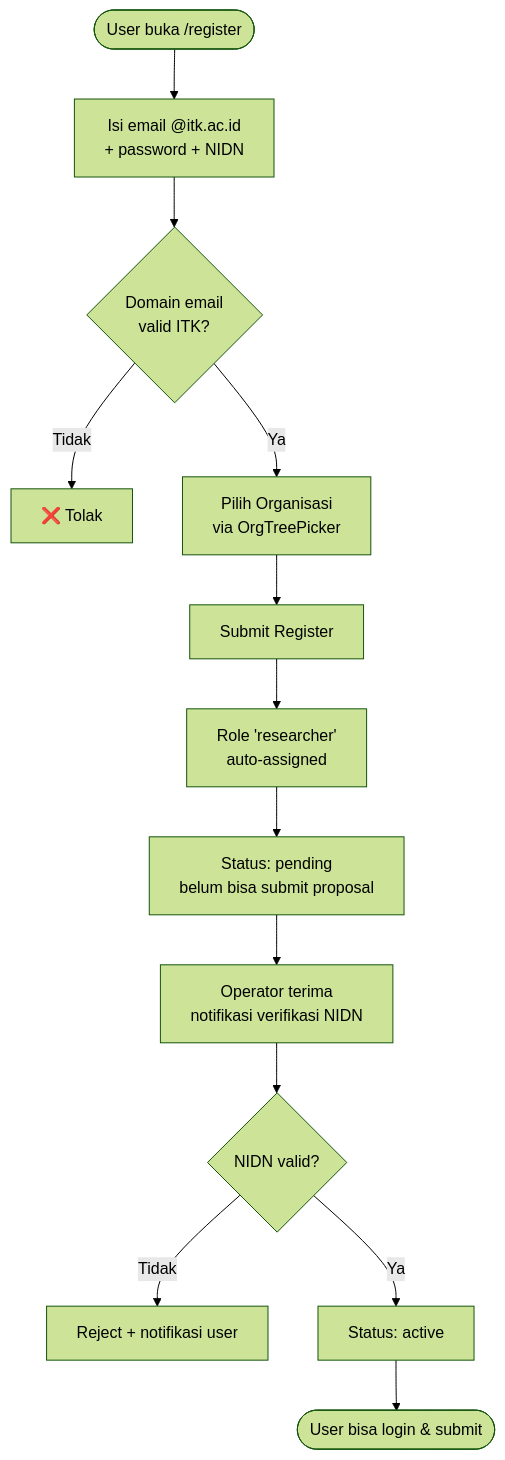
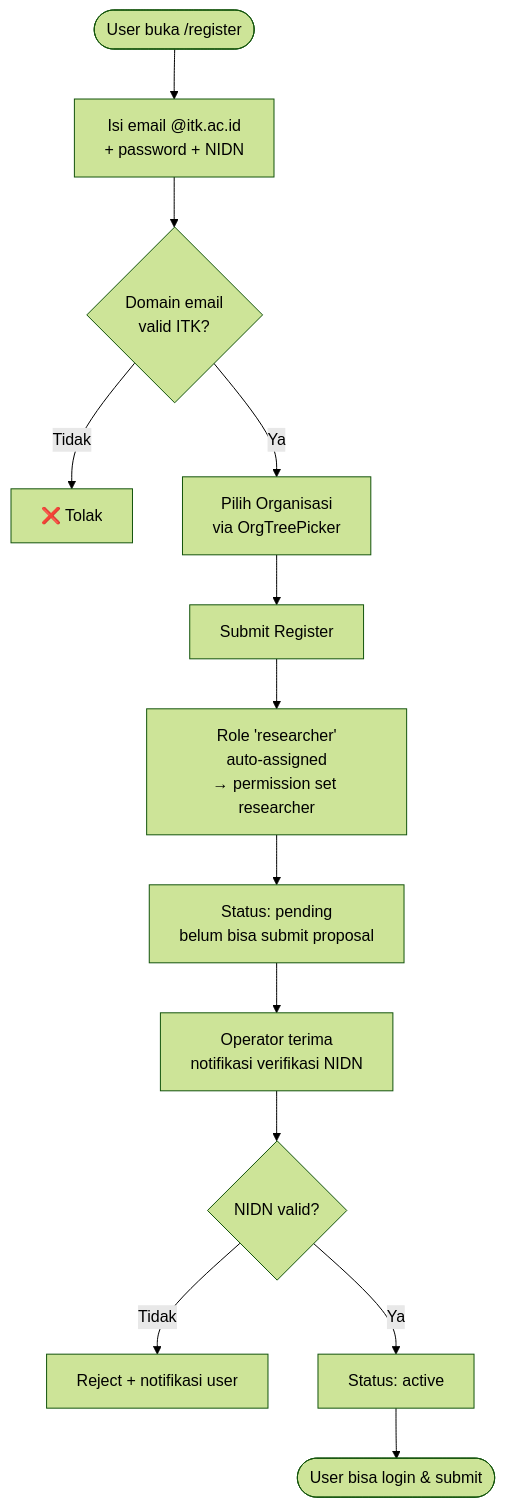
One commit to nas11ai/sim-kerjasama-itk changed the first of 5 diagrams in docs/requirement-analysis/ddd/generic/02_identity_access.md. Above: the diagram before and after it, drawn with Mermaid (forest theme). The commit also changed other lines of this file and 1 other file, not shown here.

Commit message:
docs: add custom permission implementation in ddd

````diff
--- a/docs/requirement-analysis/ddd/generic/02_identity_access.md
+++ b/docs/requirement-analysis/ddd/generic/02_identity_access.md
@@ -24,15 +23,15 @@
 ```mermaid
 flowchart TD
     START([User buka /register]) --> A[Isi email @itk.ac.id<br/>+ password + NIDN]
     A --> B{Domain email<br/>valid ITK?}
     B -->|Tidak| ERR[❌ Tolak]
     B -->|Ya| C[Pilih Organisasi<br/>via OrgTreePicker]
     C --> D[Submit Register]
-    D --> E[Role 'researcher'<br/>auto-assigned]
+    D --> E[Role 'researcher'<br/>auto-assigned<br/>→ permission set researcher]
     E --> F[Status: pending<br/>belum bisa submit proposal]
     F --> G[Operator terima<br/>notifikasi verifikasi NIDN]
     G --> H{NIDN valid?}
     H -->|Tidak| I[Reject + notifikasi user]
     H -->|Ya| J[Status: active]
     J --> END([User bisa login & submit])
 ```
````
